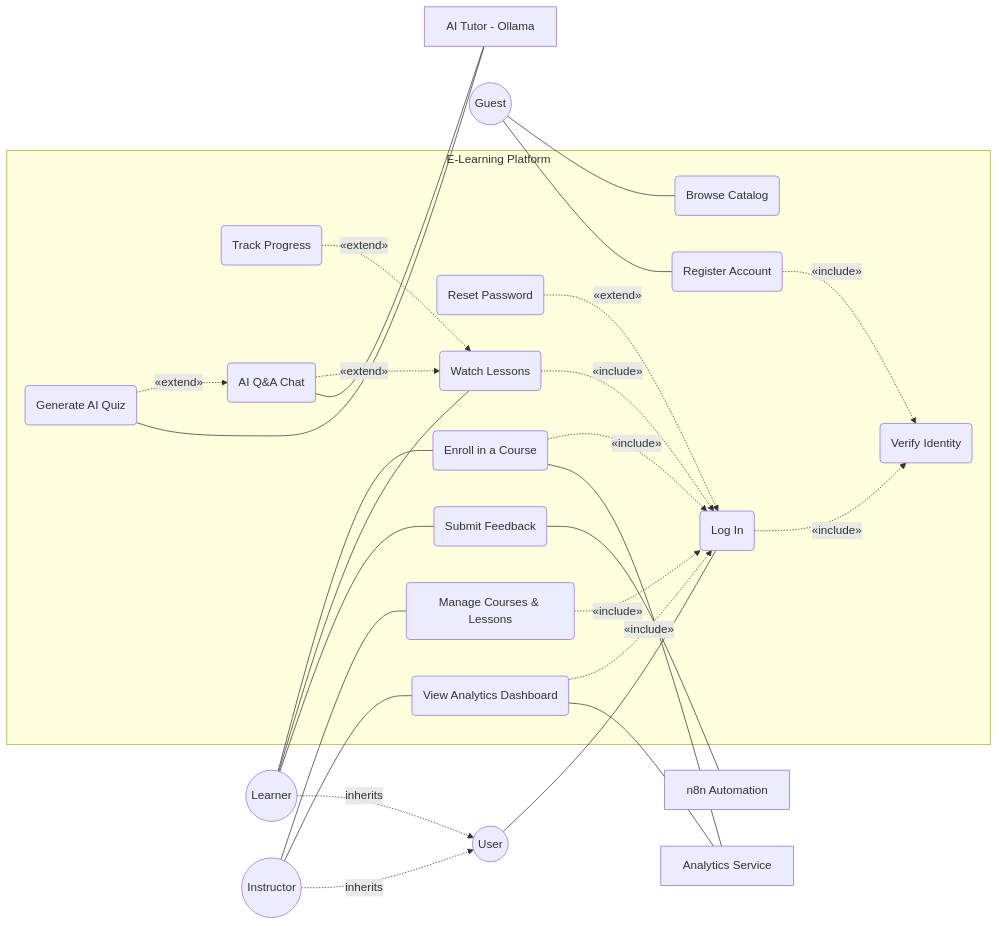
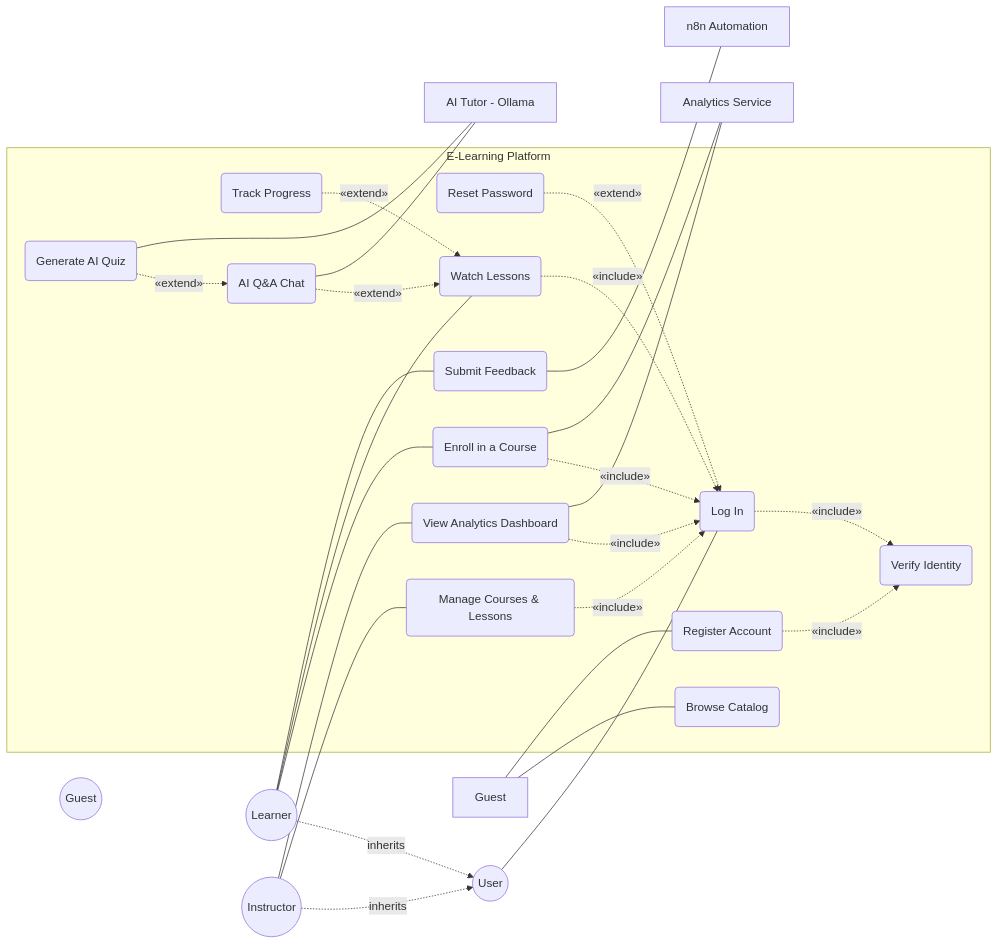
Before and after one commit to Sen-Se1/elearning-microservice-platform: the seventh of 10 diagrams in architecture.md, drawn with Mermaid.

Commit message:
docs: update use case diagram to include new actors, associations, and refined workflow relationships

````diff
--- a/architecture.md
+++ b/architecture.md
@@ -211,69 +211,69 @@
 ```mermaid
 flowchart LR
     %% Primary Actors (Left)
-    Guest((Guest))
+    actor((Guest))
     User((User))
     Learner((Learner))
     Instructor((Instructor))
 
     %% Actor Generalization
     Learner -. "inherits" .-> User
     Instructor -. "inherits" .-> User
 
     subgraph Platform [E-Learning Platform]
         UC_Browse(Browse Catalog)
         UC_Reg(Register Account)
         UC_Login(Log In)
         UC_Verify(Verify Identity)
         UC_Reset(Reset Password)
 
         UC_Enroll(Enroll in a Course)
         UC_Watch(Watch Lessons)
         UC_Track(Track Progress)
 
         UC_Chat(AI Q&A Chat)
         UC_Quiz(Generate AI Quiz)
         UC_Feedback(Submit Feedback)
         
         UC_Manage(Manage Courses & Lessons)
         UC_Analytics(View Analytics Dashboard)
     end
 
     %% Secondary Actors / Systems (Right)
     Ollama[AI Tutor - Ollama]
     N8N[n8n Automation]
     AnalyticSvc[Analytics Service]
 
     %% ── Actor to Use Case associations ──
     Guest --- UC_Browse
     Guest --- UC_Reg
     User --- UC_Login
 
     Learner --- UC_Enroll
     Learner --- UC_Watch
     Learner --- UC_Feedback
 
     Instructor --- UC_Manage
     Instructor --- UC_Analytics
 
     %% ── UML Stereotypes (Includes & Extends) ──
     UC_Reg -. "«include»" .-> UC_Verify
     UC_Login -. "«include»" .-> UC_Verify
     UC_Reset -. "«extend»" .-> UC_Login
     
     UC_Enroll -. "«include»" .-> UC_Login
     UC_Watch -. "«include»" .-> UC_Login
     UC_Manage -. "«include»" .-> UC_Login
     UC_Analytics -. "«include»" .-> UC_Login
     
     UC_Track -. "«extend»" .-> UC_Watch
     UC_Chat -. "«extend»" .-> UC_Watch
     UC_Quiz -. "«extend»" .-> UC_Chat
 
     %% ── Use Case to System associations ──
     UC_Chat --- Ollama
     UC_Quiz --- Ollama
     UC_Feedback --- N8N
     UC_Enroll --- AnalyticSvc
     UC_Analytics --- AnalyticSvc
 ```
````
